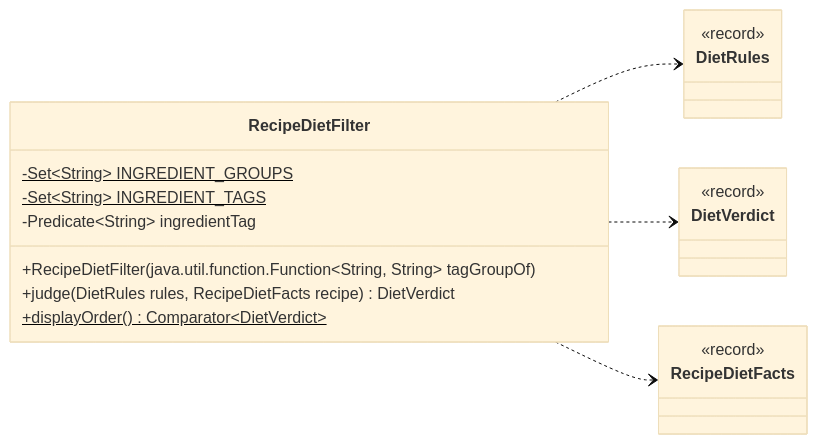
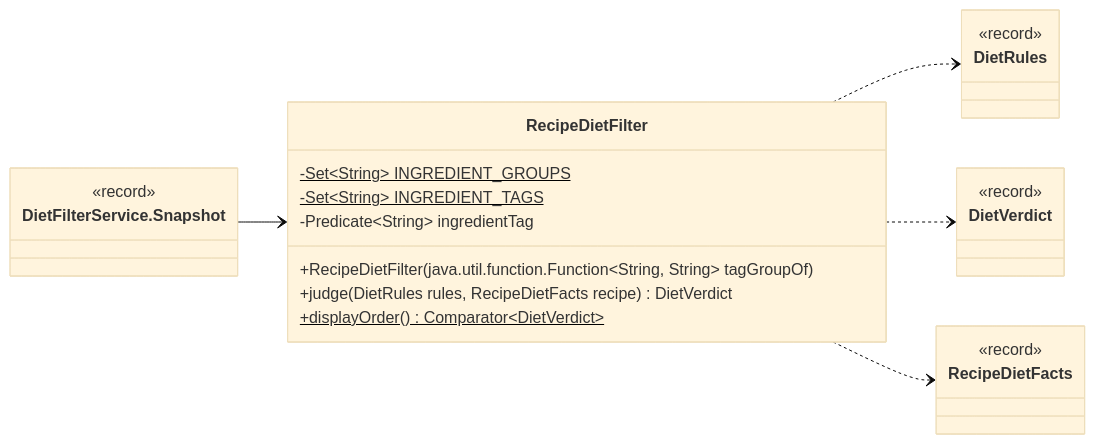
Before and after one commit to Nate-ryan-7690/dahaem: diagram 15 of 15 in docs/classes/diet.md, drawn with Mermaid (base theme). The commit also changed other lines of this file and 35 other files, not shown here.

````diff
--- a/docs/classes/diet.md
+++ b/docs/classes/diet.md
@@ -627,24 +704,28 @@
 ```mermaid
 classDiagram
     direction LR
     class diet_RecipeDietFilter["RecipeDietFilter"] {
         -Set~String~ INGREDIENT_GROUPS$
         -Set~String~ INGREDIENT_TAGS$
         -Predicate~String~ ingredientTag
         +RecipeDietFilter(java.util.function.Function~String, String~ tagGroupOf)
         +judge(DietRules rules, RecipeDietFacts recipe) DietVerdict
         +displayOrder() Comparator~DietVerdict~$
+    }
+    class diet_DietFilterService_Snapshot["DietFilterService.Snapshot"] {
+        <<record>>
     }
     class diet_DietRules["DietRules"] {
         <<record>>
     }
     class diet_DietVerdict["DietVerdict"] {
         <<record>>
     }
     class diet_RecipeDietFacts["RecipeDietFacts"] {
         <<record>>
     }
     diet_RecipeDietFilter ..> diet_DietRules
     diet_RecipeDietFilter ..> diet_DietVerdict
     diet_RecipeDietFilter ..> diet_RecipeDietFacts
+    diet_DietFilterService_Snapshot --> diet_RecipeDietFilter
 ```
````
